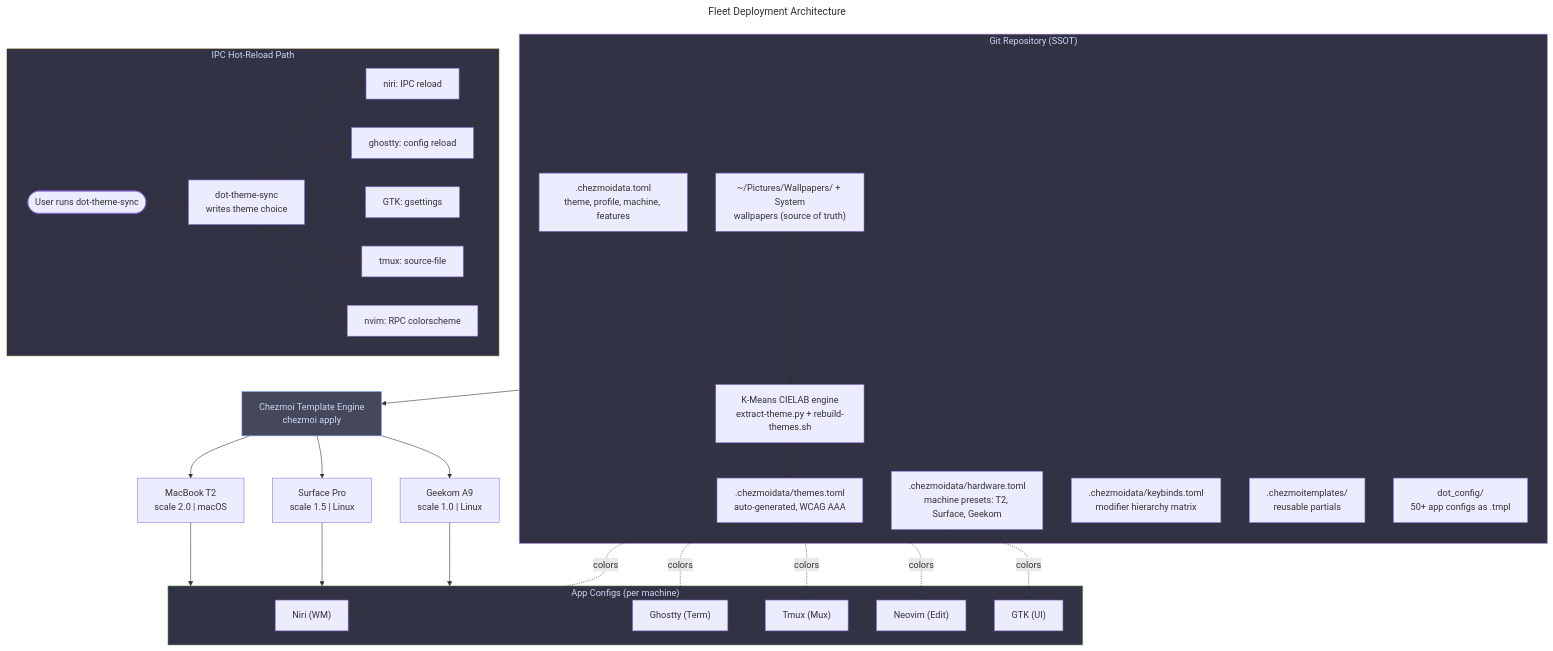
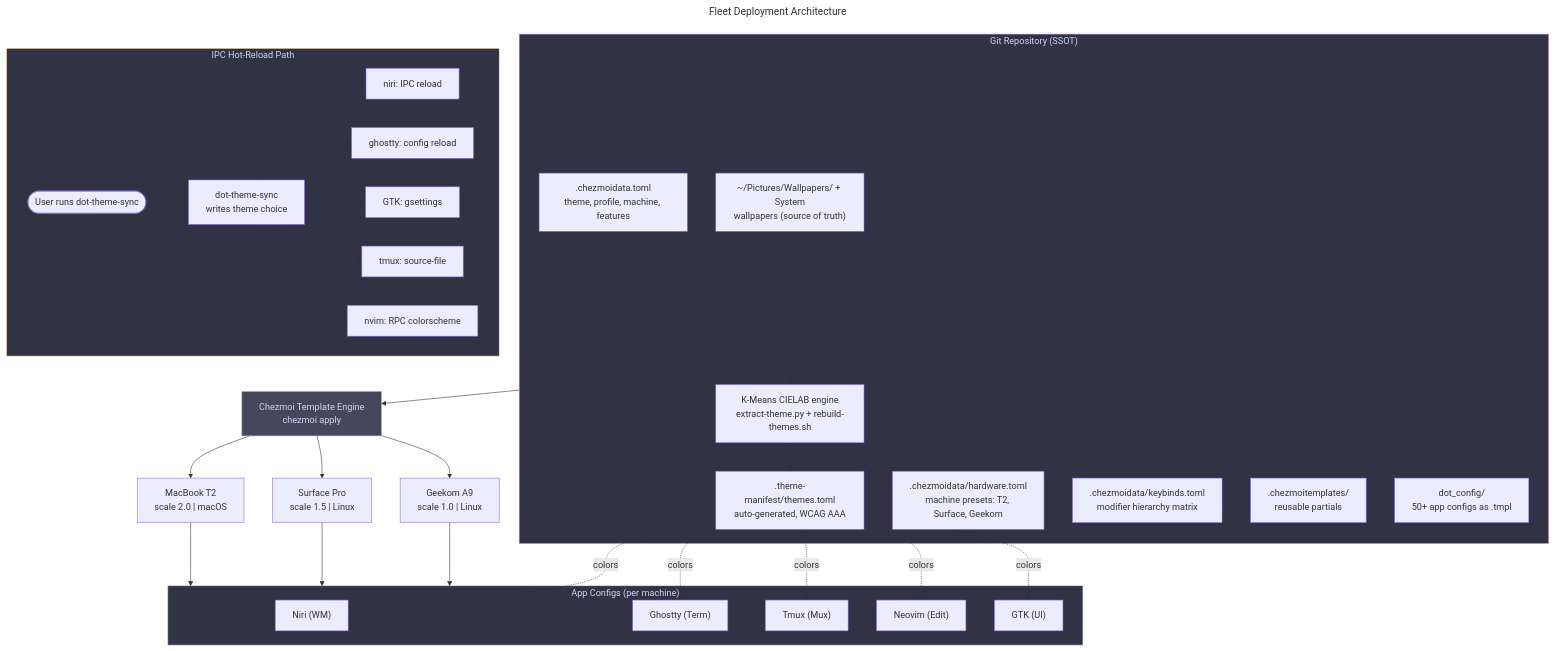
One commit to sebastienrousseau/dotfiles changed the diagram in docs/architecture/fleet-deployment.md. Above: the diagram before and after it, drawn with Mermaid. The commit also changed 114 other files, not shown here.

First line of the commit message:
perf(theme): keep the theme manifest out of chezmoi data

````diff
--- a/docs/architecture/fleet-deployment.md
+++ b/docs/architecture/fleet-deployment.md
@@ -9,52 +9,52 @@
 ```mermaid
 ---
 title: Fleet Deployment Architecture
 ---
 flowchart TD
     subgraph repo["Git Repository (SSOT)"]
         data[".chezmoidata.toml<br/>theme, profile, machine, features"]
         wallpapers["~/Pictures/Wallpapers/ + System<br/>wallpapers (source of truth)"]
         engine_k["K-Means CIELAB engine<br/>extract-theme.py + rebuild-themes.sh"]
-        themes[".chezmoidata/themes.toml<br/>auto-generated, WCAG AAA"]
+        themes[".theme-manifest/themes.toml<br/>auto-generated, WCAG AAA"]
         hw[".chezmoidata/hardware.toml<br/>machine presets: T2, Surface, Geekom"]
         keys[".chezmoidata/keybinds.toml<br/>modifier hierarchy matrix"]
         tpl[".chezmoitemplates/<br/>reusable partials"]
         configs["dot_config/<br/>50+ app configs as .tmpl"]
         wallpapers --> engine_k --> themes
     end
 
     repo --> engine["Chezmoi Template Engine<br/>chezmoi apply"]
 
     engine --> t2["MacBook T2<br/>scale 2.0 | macOS"]
     engine --> sp["Surface Pro<br/>scale 1.5 | Linux"]
     engine --> gk["Geekom A9<br/>scale 1.0 | Linux"]
 
     subgraph apps["App Configs (per machine)"]
         niri["Niri (WM)"]
         ghostty["Ghostty (Term)"]
         tmux["Tmux (Mux)"]
         nvim["Neovim (Edit)"]
         gtk["GTK (UI)"]
     end
 
     t2 --> apps
     sp --> apps
     gk --> apps
 
     themes -. "colors" .-> niri & ghostty & tmux & nvim & gtk
 
     subgraph hotreload["IPC Hot-Reload Path"]
         direction LR
         user(["User runs dot-theme-sync"]) --> ipc["dot-theme-sync<br/>writes theme choice"]
         ipc --> reload_niri["niri: IPC reload"]
         ipc --> reload_ghostty["ghostty: config reload"]
         ipc --> reload_gtk["GTK: gsettings"]
         ipc --> reload_tmux["tmux: source-file"]
         ipc --> reload_nvim["nvim: RPC colorscheme"]
     end
 
     style repo fill:#313244,stroke:#cba6f7,color:#cdd6f4
     style engine fill:#45475a,stroke:#89b4fa,color:#cdd6f4
     style apps fill:#313244,stroke:#a6e3a1,color:#cdd6f4
     style hotreload fill:#313244,stroke:#f9e2af,color:#cdd6f4
 ```
````
